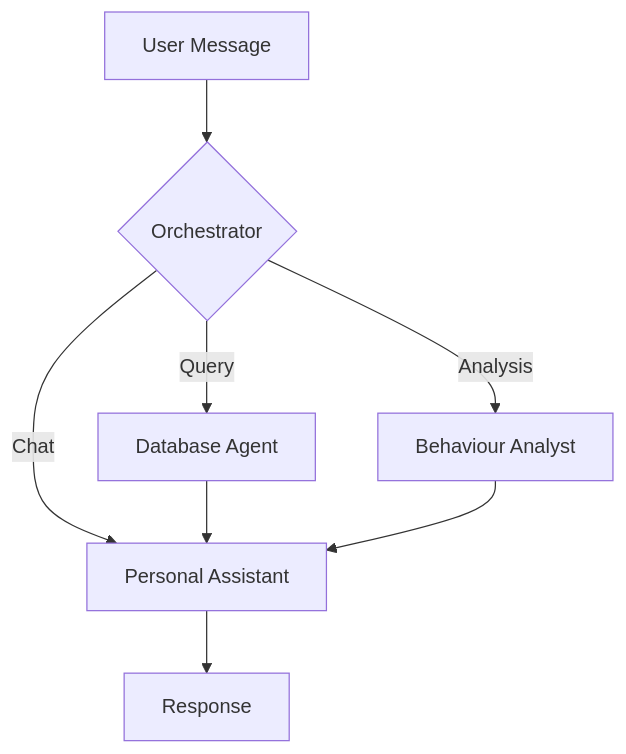
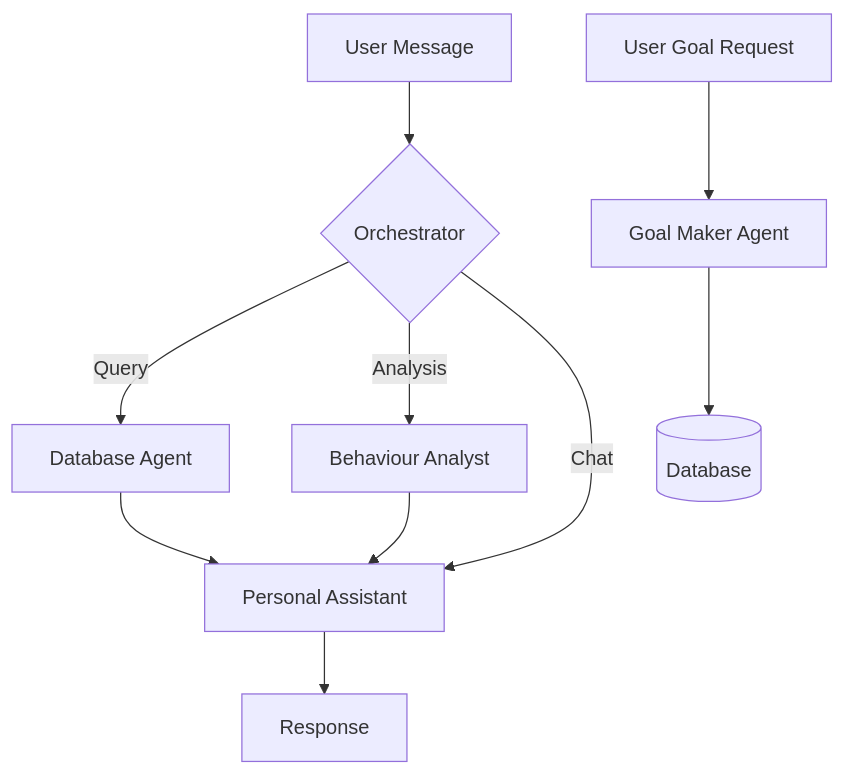
One commit to Apo-Eclipse/Grad changed the diagram in README.md. Above: the diagram before and after it, drawn with Mermaid. The commit also changed 1 other file, not shown here.

Commit message:
feat: document the new Goal Maker Agent and its interaction flow.

````diff
--- a/README.md
+++ b/README.md
@@ -27,10 +27,13 @@
 ```mermaid
 graph TD
     User[User Message] --> Router{Orchestrator}
     Router -->|Query| DBAgent[Database Agent]
     Router -->|Analysis| Analyst[Behaviour Analyst]
     Router -->|Chat| Chat[Personal Assistant]
     DBAgent --> Chat
     Analyst --> Chat
     Chat --> Final[Response]
+    
+    User2[User Goal Request] --> GoalMaker[Goal Maker Agent]
+    GoalMaker --> DB[(Database)]
 ```
````
